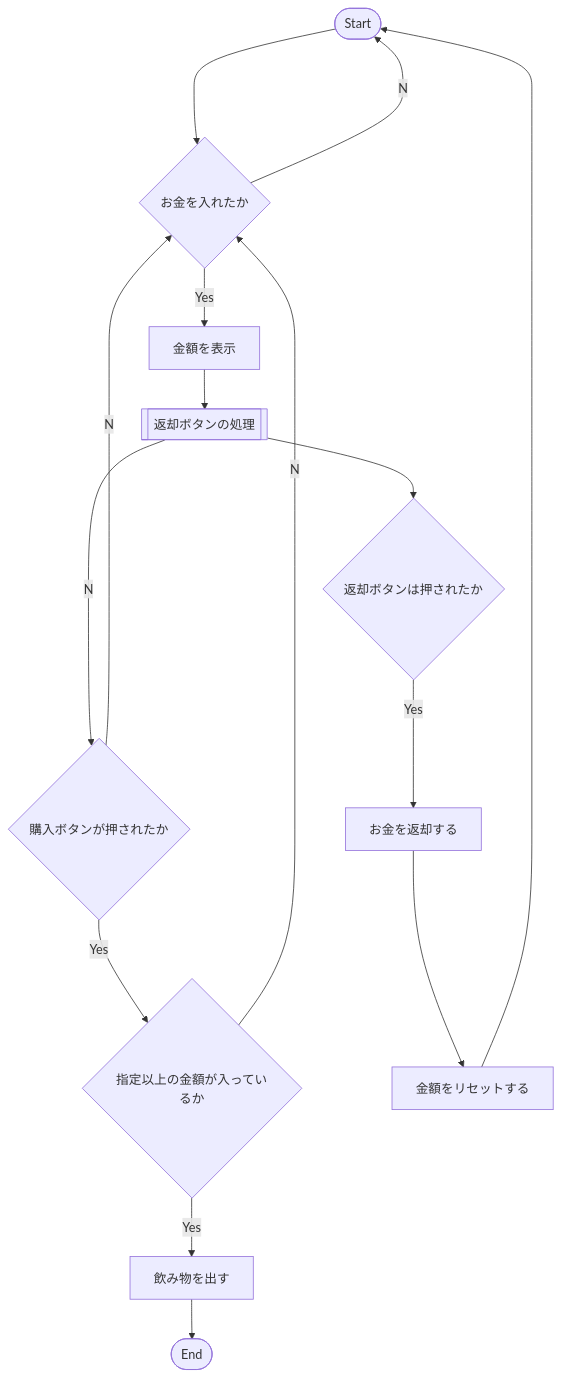
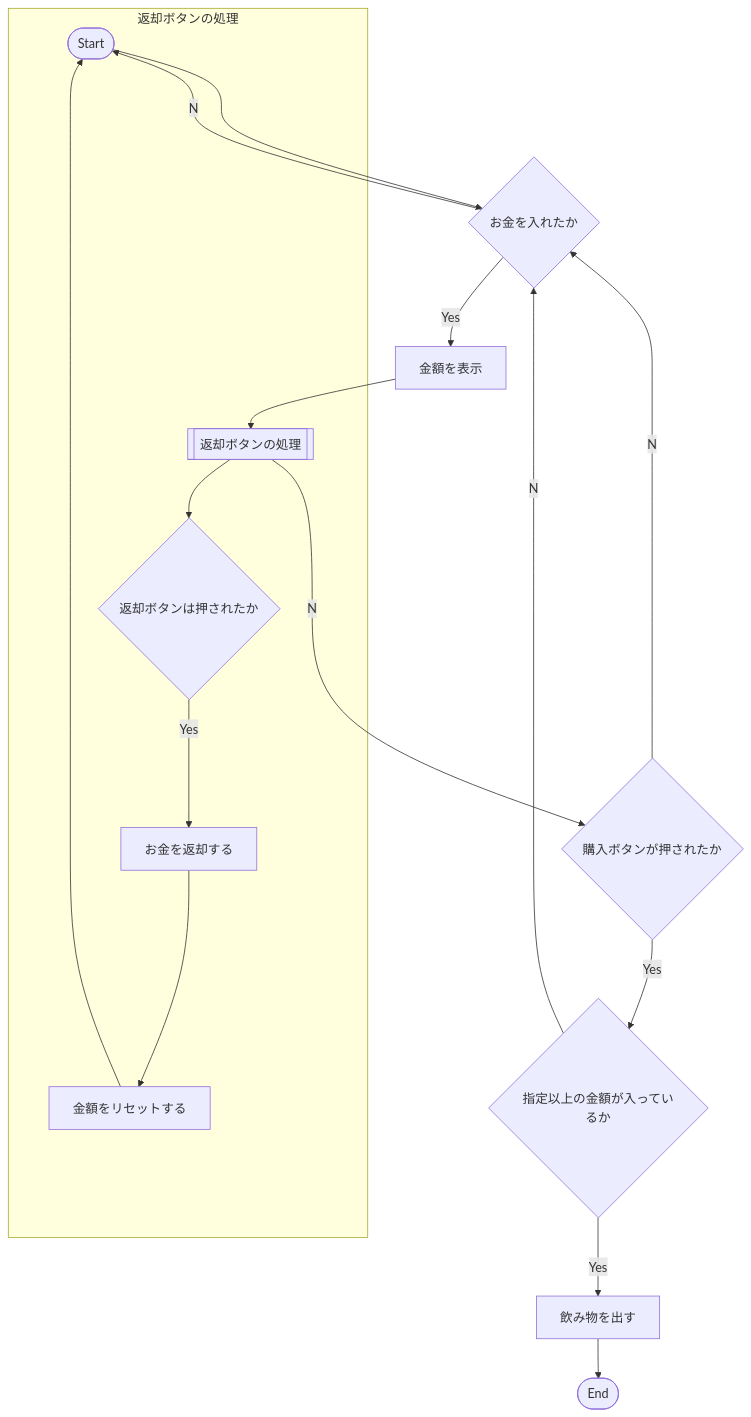
One commit to tpu-game-2022/mermaid_test changed the diagram in README.md. Above: the diagram before and after it, drawn with Mermaid.

Commit message:
フローチャートを変更した

````diff
--- a/README.md
+++ b/README.md
@@ -20,18 +20,20 @@
 ```mermaid
 flowchart TB
   A([Start])-->B{お金を入れたか}
   B--Yes-->C[金額を表示]
   B--No-->A
   C-->D[[返却ボタンの処理]]
   D--No-->E{購入ボタンが押されたか}
   E{購入ボタンが押されたか}--Yes-->F{指定以上の金額が入っているか}
   E--No-->B
   F--Yes-->G[飲み物を出す]
   F--No-->B
   G-->H([End])
 
+subgraph 返却ボタンの処理
   D[[返却ボタンの処理]]-->D1{返却ボタンは押されたか}
   D1--Yes-->D2[お金を返却する]
   D2-->D3[金額をリセットする]
   D3-->A
+end
 ```
````
